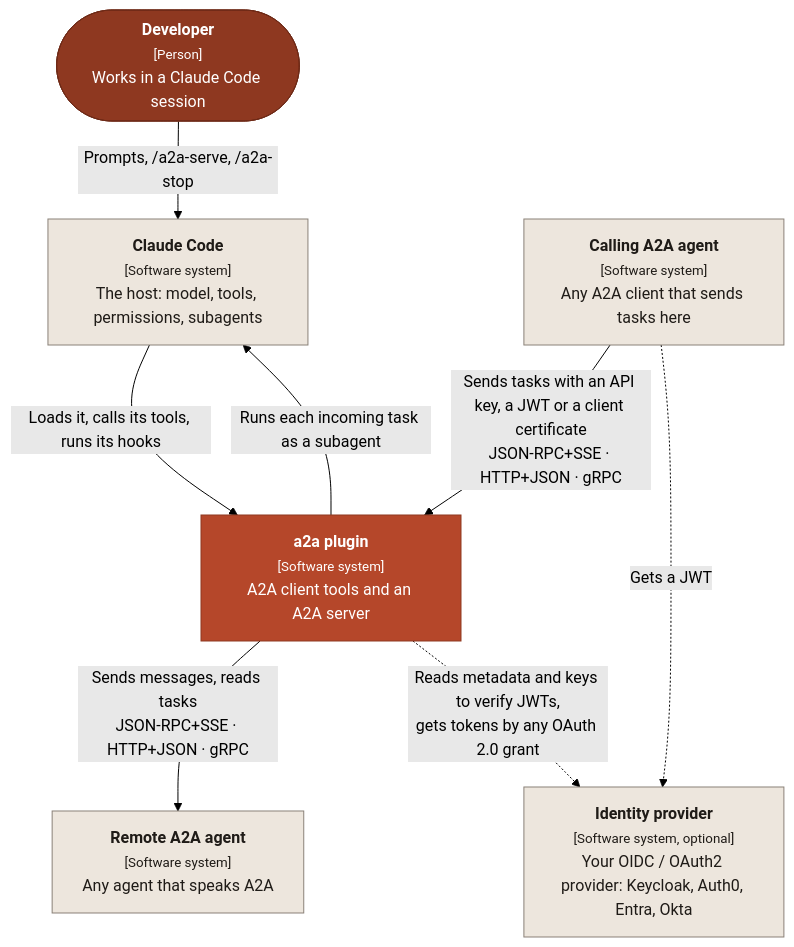
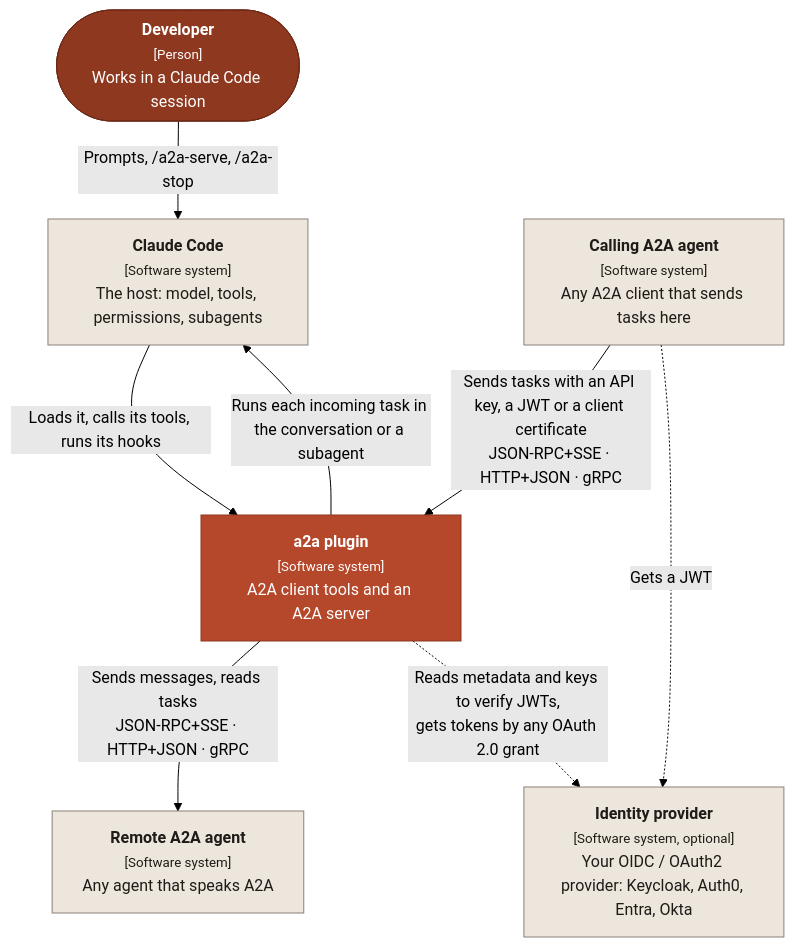
One commit to fulgas/claude-a2a changed the first of 6 diagrams in docs/architecture.md. Above: the diagram before and after it, drawn with Mermaid (forest theme). The commit also changed other lines of this file and 10 other files, not shown here.

First line of the commit message:
feat(server)!: run tasks in the conversation, a fresh subagent or a fork

````diff
--- a/docs/architecture.md
+++ b/docs/architecture.md
@@ -31,23 +31,23 @@
 ```mermaid
 flowchart TB
   user(["<b>Developer</b><br/><small>[Person]</small><br/>Works in a Claude Code session"])
   claude["<b>Claude Code</b><br/><small>[Software system]</small><br/>The host: model, tools, permissions, subagents"]
   plugin["<b>a2a plugin</b><br/><small>[Software system]</small><br/>A2A client tools and an A2A server"]
   remote["<b>Remote A2A agent</b><br/><small>[Software system]</small><br/>Any agent that speaks A2A"]
   caller["<b>Calling A2A agent</b><br/><small>[Software system]</small><br/>Any A2A client that sends tasks here"]
   idp["<b>Identity provider</b><br/><small>[Software system, optional]</small><br/>Your OIDC / OAuth2 provider: Keycloak, Auth0, Entra, Okta"]
   user -- "Prompts, /a2a-serve, /a2a-stop" --> claude
   claude -- "Loads it, calls its tools, runs its hooks" --> plugin
-  plugin -- "Runs each incoming task as a subagent" --> claude
+  plugin -- "Runs each incoming task in the conversation or a subagent" --> claude
   plugin -- "Sends messages, reads tasks<br/>JSON-RPC+SSE · HTTP+JSON · gRPC" --> remote
   caller -- "Sends tasks with an API key, a JWT or a client certificate<br/>JSON-RPC+SSE · HTTP+JSON · gRPC" --> plugin
   caller -. "Gets a JWT" .-> idp
   plugin -. "Reads metadata and keys to verify JWTs,<br/>gets tokens by any OAuth 2.0 grant" .-> idp
   classDef person fill:#8E3820,stroke:#6E2A17,color:#fff
   classDef system fill:#B5472A,stroke:#8E3820,color:#fff
   classDef container fill:#F6E4DC,stroke:#B5472A,color:#1F1B17
   classDef external fill:#EDE6DD,stroke:#8A8178,color:#1F1B17
   class user person
   class plugin system
   class claude,remote,caller,idp external
 ```
````
